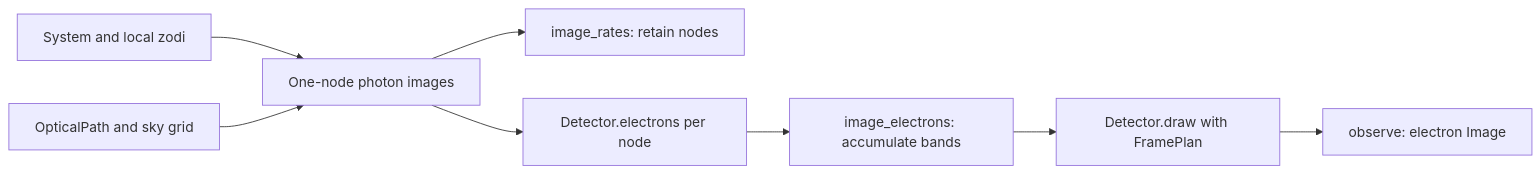
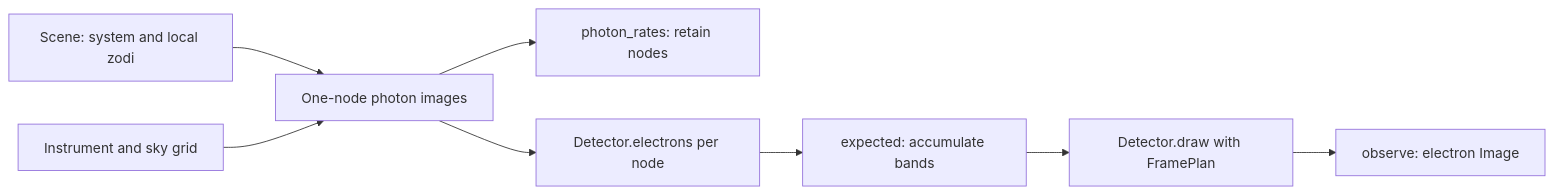
One commit to CoreySpohn/coronagraphoto changed the diagram in docs/explanation/architecture.md. Above: the diagram before and after it, drawn with Mermaid. The commit also changed other lines of this file and 22 other files, not shown here.

Commit message:
feat(api)!: replace image_rates, image_electrons and load_scene_from_exovista with build_exposure, photon_rates, expected and observe on Scene, Instrument, Exposure

````diff
--- a/docs/explanation/architecture.md
+++ b/docs/explanation/architecture.md
@@ -34,10 +34,10 @@
 ```mermaid
 flowchart LR
-    scene[System and local zodi] --> node[One-node photon images]
-    optics[OpticalPath and sky grid] --> node
-    node --> photons[image_rates: retain nodes]
+    scene[Scene: system and local zodi] --> node[One-node photon images]
+    optics[Instrument and sky grid] --> node
+    node --> photons[photon_rates: retain nodes]
     node --> yield[Detector.electrons per node]
-    yield --> bands[image_electrons: accumulate bands]
+    yield --> bands[expected: accumulate bands]
     bands --> draw[Detector.draw with FramePlan]
     draw --> image[observe: electron Image]
 ```
````
